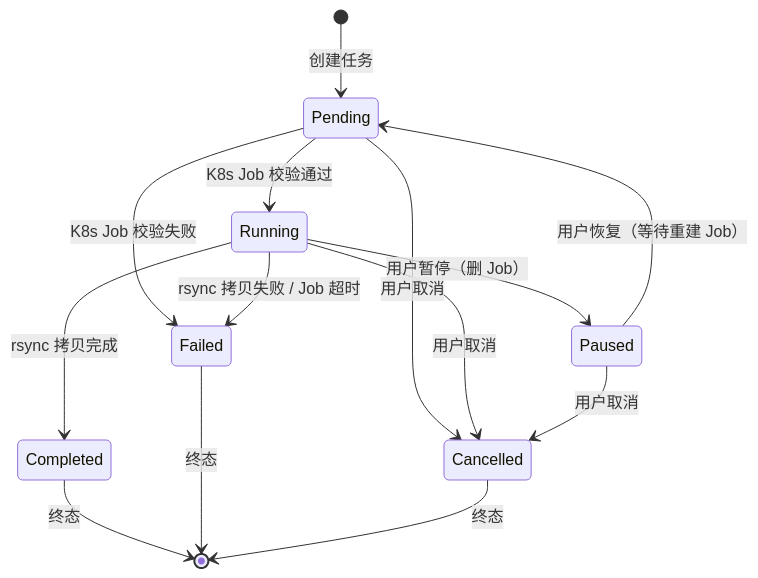
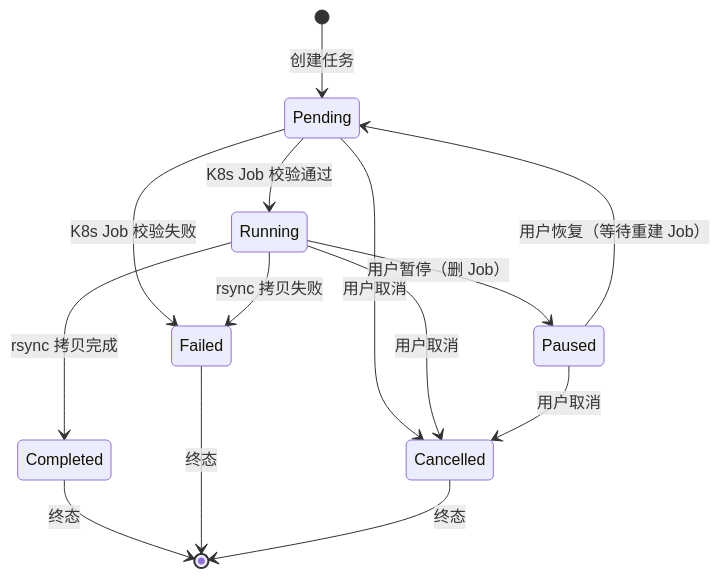
The eighth of 14 diagrams in docs/features/feature-4-weight-import-design-enhanced.md (HaoruiSong622/model-lite-repository), drawn with Mermaid before and after one commit. The commit also changed other lines of this file, not shown here.

````diff
--- a/docs/features/feature-4-weight-import-design-enhanced.md
+++ b/docs/features/feature-4-weight-import-design-enhanced.md
@@ -2479,16 +2442,16 @@
 ```mermaid
 stateDiagram-v2
     [*] --> Pending: 创建任务
     Pending --> Running: K8s Job 校验通过
     Pending --> Failed: K8s Job 校验失败
     Pending --> Cancelled: 用户取消
     Running --> Paused: 用户暂停（删 Job）
     Running --> Completed: rsync 拷贝完成
-    Running --> Failed: rsync 拷贝失败 / Job 超时
+    Running --> Failed: rsync 拷贝失败
     Running --> Cancelled: 用户取消
     Paused --> Pending: 用户恢复（等待重建 Job）
     Paused --> Cancelled: 用户取消
     Completed --> [*]: 终态
     Failed --> [*]: 终态
     Cancelled --> [*]: 终态
 ```
````
